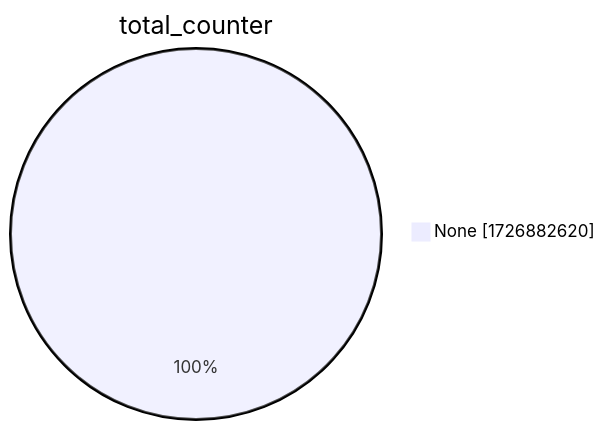
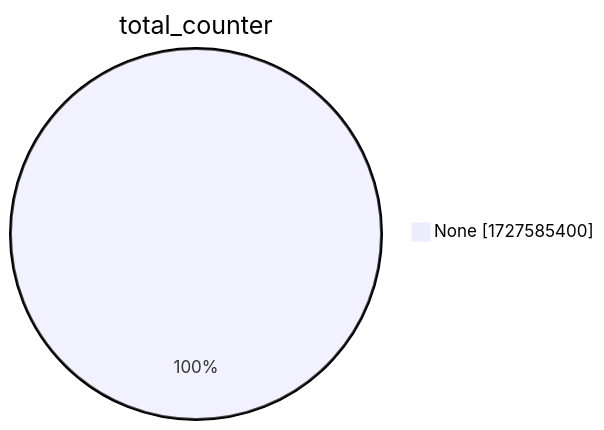
The second of 15 diagrams in xenon2022/README.md (christiankrug/ctmonitor_visualization), drawn with Mermaid before and after one commit. The commit also changed other lines of this file, not shown here.

````diff
--- a/xenon2022/README.md
+++ b/xenon2022/README.md
@@ -9,5 +9,5 @@
 ```mermaid
 pie showData
 title total_counter
-"None" :1726882620
+"None" :1727585400
 ```
````
